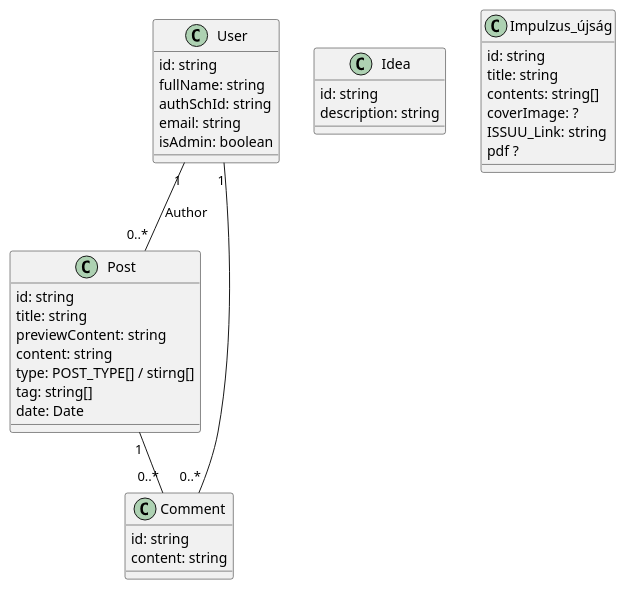
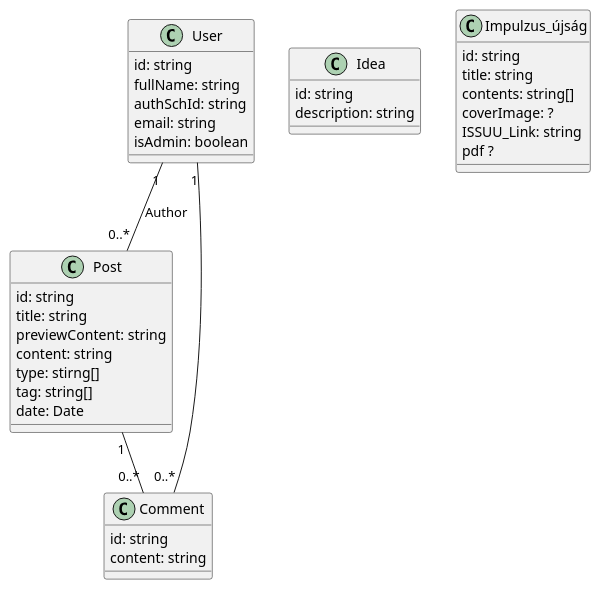
The diagram in docs/class-diagram.puml (kir-dev/impulzus), drawn with PlantUML before and after one commit. The commit also changed 8 other files, not shown here.

```diff
--- a/docs/class-diagram.puml
+++ b/docs/class-diagram.puml
@@ -1,43 +1,43 @@
 @startuml impulzus
 
 class User {
     id: string
     fullName: string
     authSchId: string
     email: string
     isAdmin: boolean
 }
 class Post {
     id: string
     title: string
     previewContent: string
     content: string
-    type: POST_TYPE[] / stirng[]
+    type: stirng[]
     tag: string[]
     date: Date
 }
 
 class Comment {
     id: string
     content: string
 }
 
 User "1" -- "0..*" Post: Author
 User "1" -- "0..*" Comment
 Post "1" -- "0..*" Comment
 
 class Idea {
     id: string
     description: string
 }
 
 class Impulzus_újság {
     id: string
     title: string
     contents: string[]
     coverImage: ?
     ISSUU_Link: string
     pdf ?
 }
 
 @enduml
```
